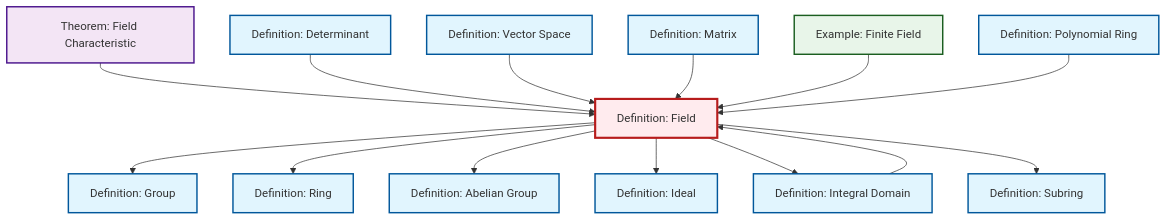
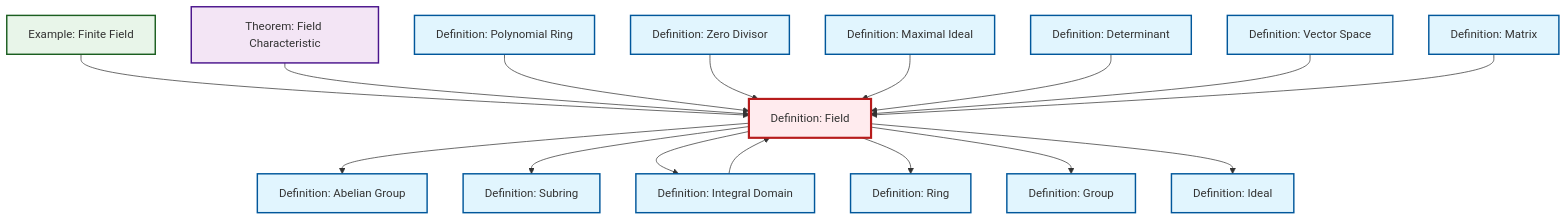
Before and after one commit to RK0429/ModernMath: the diagram in content/en/algebra/def-field.qmd, drawn with Mermaid. The commit also changed 654 other files, not shown here.

````diff
--- a/content/en/algebra/def-field.qmd
+++ b/content/en/algebra/def-field.qmd
@@ -56,48 +56,54 @@
 ```{mermaid}
 %%| fig-cap: "Local dependency graph"
 graph TD
     classDef definition fill:#e1f5fe,stroke:#01579b,stroke-width:2px
     classDef theorem fill:#f3e5f5,stroke:#4a148c,stroke-width:2px
     classDef axiom fill:#fff3e0,stroke:#e65100,stroke-width:2px
     classDef example fill:#e8f5e9,stroke:#1b5e20,stroke-width:2px
     classDef current fill:#ffebee,stroke:#b71c1c,stroke-width:3px
+    def-polynomial-ring["Definition: Polynomial Ring"]:::definition
+    def-maximal-ideal["Definition: Maximal Ideal"]:::definition
+    def-field["Definition: Field"]:::definition
     def-group["Definition: Group"]:::definition
-    def-abelian-group["Definition: Abelian Group"]:::definition
-    def-polynomial-ring["Definition: Polynomial Ring"]:::definition
+    def-determinant["Definition: Determinant"]:::definition
+    def-matrix["Definition: Matrix"]:::definition
     def-ring["Definition: Ring"]:::definition
+    def-ideal["Definition: Ideal"]:::definition
+    thm-field-characteristic["Theorem: Field Characteristic"]:::theorem
+    def-zero-divisor["Definition: Zero Divisor"]:::definition
     def-integral-domain["Definition: Integral Domain"]:::definition
     def-subring["Definition: Subring"]:::definition
-    def-field["Definition: Field"]:::definition
     ex-finite-field["Example: Finite Field"]:::example
-    def-determinant["Definition: Determinant"]:::definition
-    def-matrix["Definition: Matrix"]:::definition
+    def-abelian-group["Definition: Abelian Group"]:::definition
     def-vector-space["Definition: Vector Space"]:::definition
-    def-ideal["Definition: Ideal"]:::definition
-    thm-field-characteristic["Theorem: Field Characteristic"]:::theorem
-    def-field --> def-group
-    def-field --> def-ring
     def-field --> def-abelian-group
-    thm-field-characteristic --> def-field
-    def-determinant --> def-field
-    def-field --> def-ideal
-    def-vector-space --> def-field
-    def-matrix --> def-field
-    def-integral-domain --> def-field
-    def-field --> def-integral-domain
     def-field --> def-subring
     ex-finite-field --> def-field
+    thm-field-characteristic --> def-field
     def-polynomial-ring --> def-field
+    def-zero-divisor --> def-field
+    def-maximal-ideal --> def-field
+    def-field --> def-integral-domain
+    def-determinant --> def-field
+    def-vector-space --> def-field
+    def-integral-domain --> def-field
+    def-field --> def-ring
+    def-field --> def-group
+    def-field --> def-ideal
+    def-matrix --> def-field
     class def-field current
+    click def-polynomial-ring "def-polynomial-ring.html" "Go to Polynomial Ring definition"
+    click def-maximal-ideal "def-maximal-ideal.html" "Go to Maximal Ideal definition"
     click def-group "def-group.html" "Go to Group definition"
-    click def-abelian-group "def-abelian-group.html" "Go to Abelian Group definition"
-    click def-polynomial-ring "def-polynomial-ring.html" "Go to Polynomial Ring definition"
+    click def-determinant "def-determinant.html" "Go to Determinant definition"
+    click def-matrix "def-matrix.html" "Go to Matrix definition"
     click def-ring "def-ring.html" "Go to Ring definition"
+    click def-ideal "def-ideal.html" "Go to Ideal definition"
+    click thm-field-characteristic "thm-field-characteristic.html" "Go to Field Characteristic theorem"
+    click def-zero-divisor "def-zero-divisor.html" "Go to Zero Divisor definition"
     click def-integral-domain "def-integral-domain.html" "Go to Integral Domain definition"
     click def-subring "def-subring.html" "Go to Subring definition"
     click ex-finite-field "ex-finite-field.html" "Go to Finite Field example"
-    click def-determinant "def-determinant.html" "Go to Determinant definition"
-    click def-matrix "def-matrix.html" "Go to Matrix definition"
+    click def-abelian-group "def-abelian-group.html" "Go to Abelian Group definition"
     click def-vector-space "def-vector-space.html" "Go to Vector Space definition"
-    click def-ideal "def-ideal.html" "Go to Ideal definition"
-    click thm-field-characteristic "thm-field-characteristic.html" "Go to Field Characteristic theorem"
 ```
````
